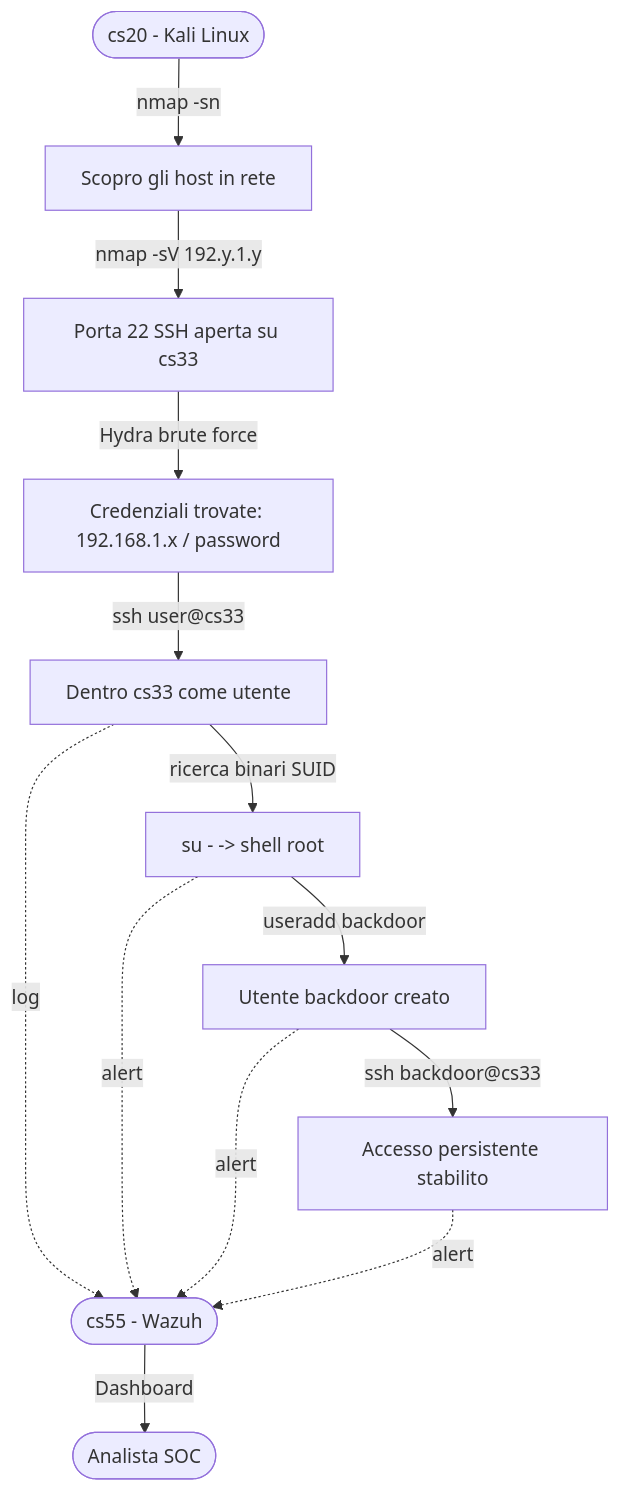
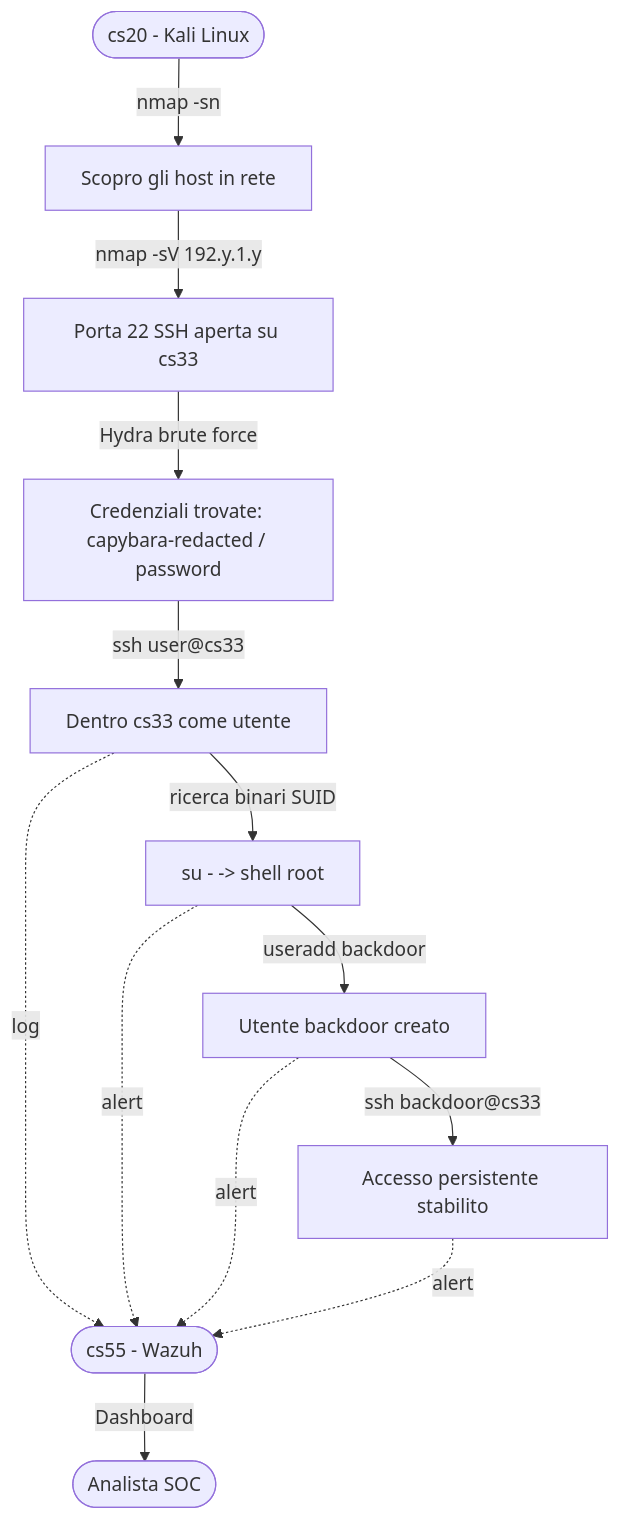
The diagram in soc-siem-lab/it/plan-1.md (MindfulLearner/dimaNet-homeLabServer), drawn with Mermaid before and after one commit. The commit also changed 13 other files, not shown here.

````diff
--- a/soc-siem-lab/it/plan-1.md
+++ b/soc-siem-lab/it/plan-1.md
@@ -18,17 +18,17 @@
 ```mermaid
 flowchart TD
     A([cs20 - Kali Linux]) -->|nmap -sn| B[Scopro gli host in rete]
     B -->|nmap -sV 192.y.1.y| C[Porta 22 SSH aperta su cs33]
-    C -->|Hydra brute force| D["Credenziali trovate: 192.168.1.x / password"]
+    C -->|Hydra brute force| D["Credenziali trovate: capybara-redacted / password"]
     D -->|"ssh user@cs33"| E["Dentro cs33 come utente"]
     E -->|ricerca binari SUID| F[su - -> shell root]
     F -->|useradd backdoor| G[Utente backdoor creato]
     G -->|ssh backdoor@cs33| H[Accesso persistente stabilito]
 
     E -.->|log| I([cs55 - Wazuh])
     F -.->|alert| I
     G -.->|alert| I
     H -.->|alert| I
 
     I -->|Dashboard| J([Analista SOC])
 ```
````
